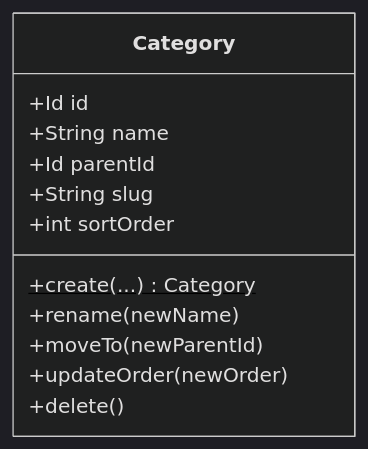
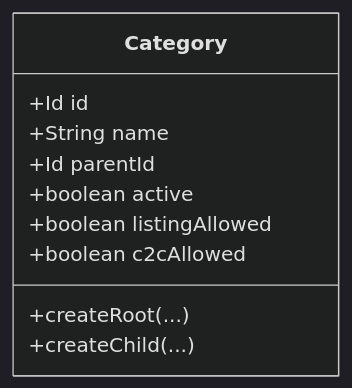
The second of 3 diagrams in docs/spec/domain/catalog/architecture/category-domain-spec.md (khinemyaezin/grab), drawn with Mermaid (dark theme) before and after one commit. The commit also changed other lines of this file and 47 other files, not shown here.

````diff
--- a/docs/spec/domain/catalog/architecture/category-domain-spec.md
+++ b/docs/spec/domain/catalog/architecture/category-domain-spec.md
@@ -53,17 +33,13 @@
 ```mermaid
 classDiagram
-    direction LR
-
     class Category {
         +Id id
         +String name
         +Id parentId
-        +String slug
-        +int sortOrder
-        +create(...) Category$
-        +rename(newName)
-        +moveTo(newParentId)
-        +updateOrder(newOrder)
-        +delete()
+        +boolean active
+        +boolean listingAllowed
+        +boolean c2cAllowed
+        +createRoot(...)
+        +createChild(...)
     }
 ```
````
